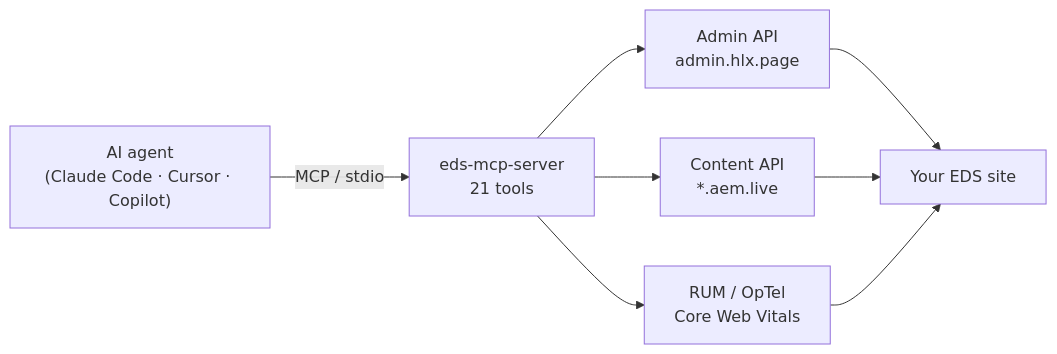
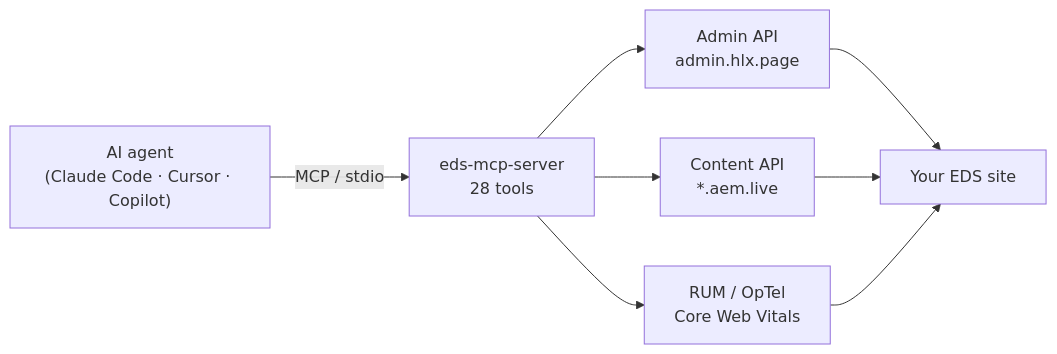
Before and after one commit to Focus-GTS/eds-mcp-server: the first of 2 diagrams in README.md, drawn with Mermaid. The commit also changed other lines of this file and 12 other files, not shown here.

````diff
--- a/README.md
+++ b/README.md
@@ -40,10 +40,10 @@
 ```mermaid
 flowchart LR
-  A["AI agent<br/>(Claude Code · Cursor · Copilot)"] -- MCP / stdio --> B["eds-mcp-server<br/>21 tools"]
+  A["AI agent<br/>(Claude Code · Cursor · Copilot)"] -- MCP / stdio --> B["eds-mcp-server<br/>28 tools"]
   B --> C["Admin API<br/>admin.hlx.page"]
   B --> D["Content API<br/>*.aem.live"]
   B --> E["RUM / OpTel<br/>Core Web Vitals"]
   C --> F["Your EDS site"]
   D --> F
   E --> F
 ```
````
